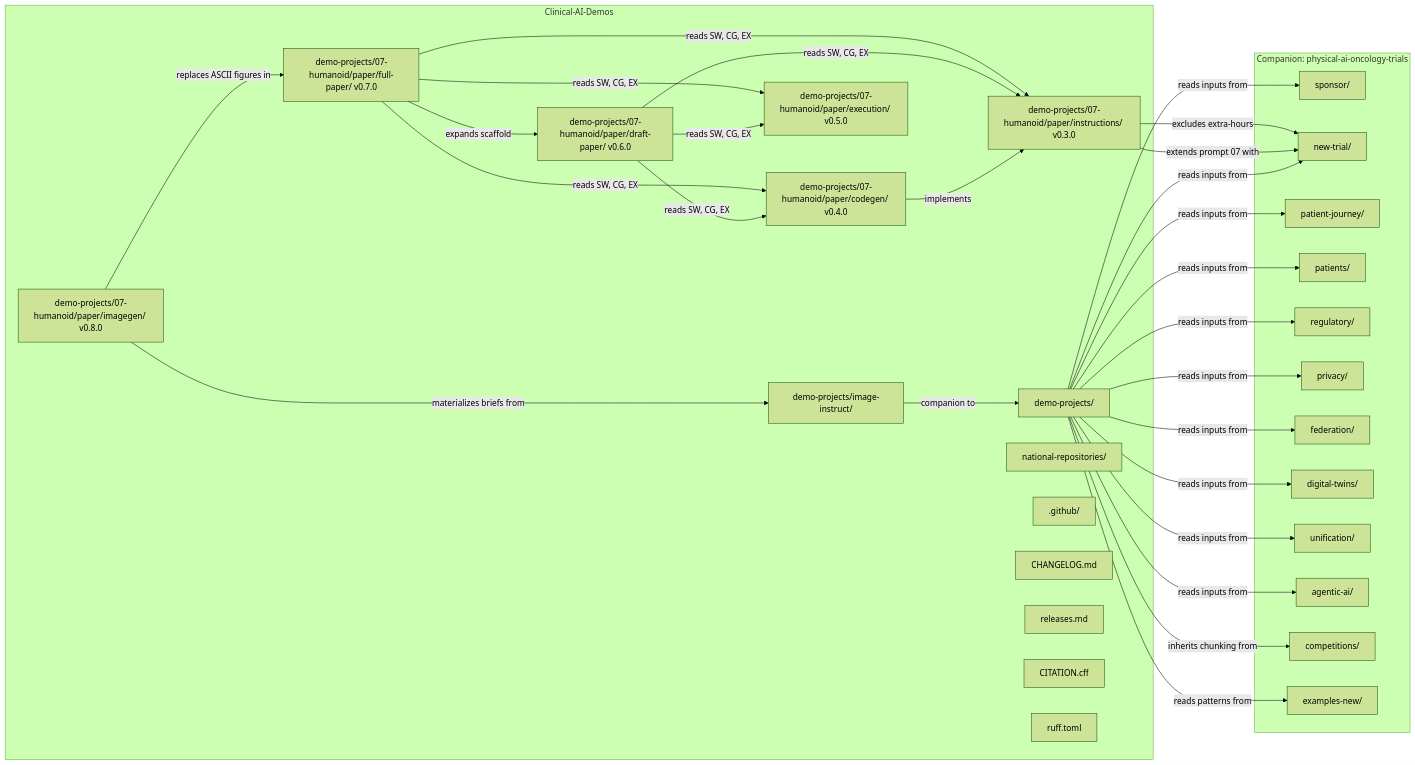
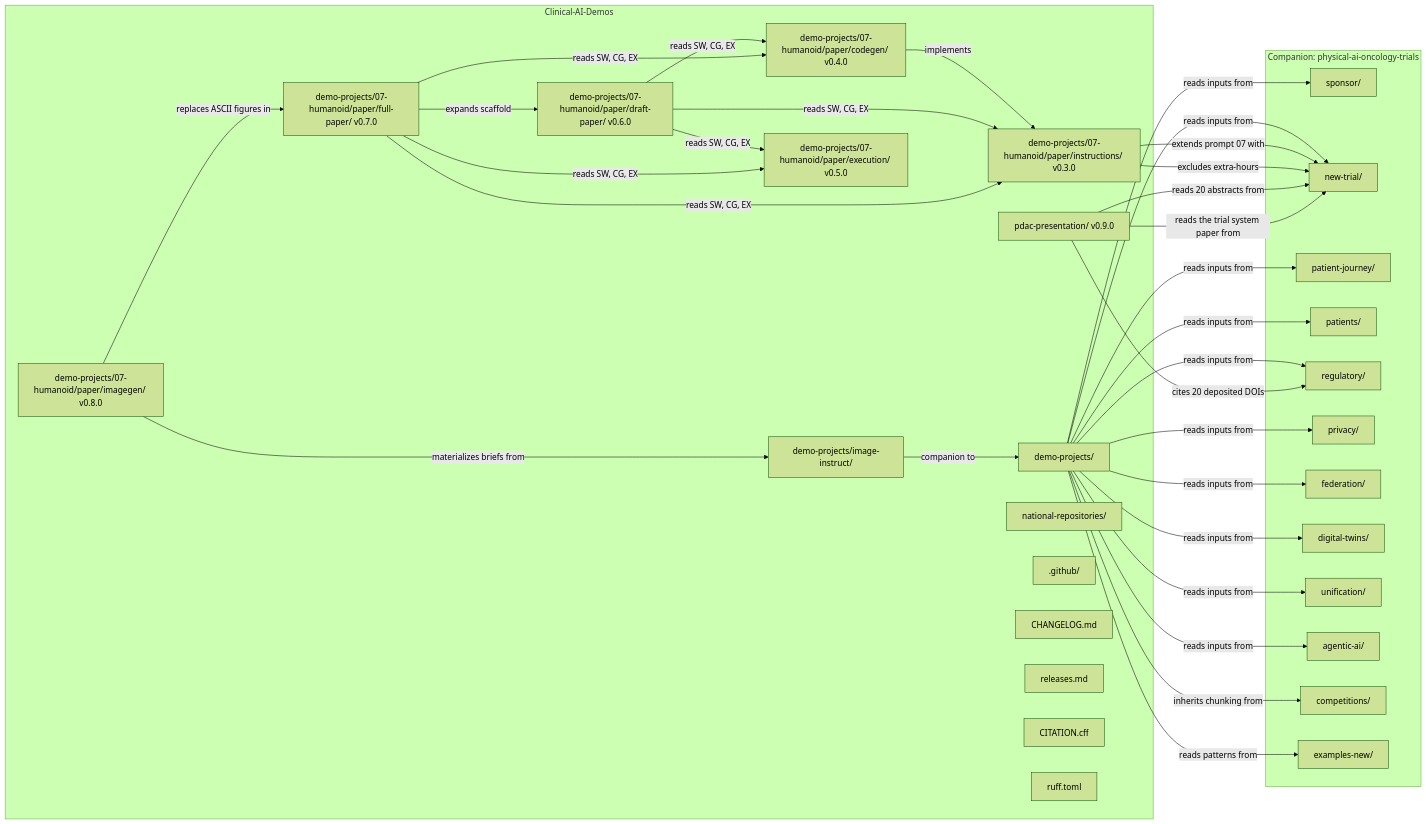
One commit to kevinkawchak/Clinical-AI-Demos changed the first of 3 diagrams in README.md. Above: the diagram before and after it, drawn with Mermaid (forest theme). The commit also changed other lines of this file and 3 other files, not shown here.

````diff
--- a/README.md
+++ b/README.md
@@ -251,60 +295,64 @@
 ```mermaid
 flowchart LR
   subgraph CAD[Clinical-AI-Demos]
     DP[demo-projects/]
     II[demo-projects/image-instruct/]
     SW[demo-projects/07-humanoid/paper/instructions/ v0.3.0]
     CG[demo-projects/07-humanoid/paper/codegen/ v0.4.0]
     EX[demo-projects/07-humanoid/paper/execution/ v0.5.0]
     DRP[demo-projects/07-humanoid/paper/draft-paper/ v0.6.0]
     FP[demo-projects/07-humanoid/paper/full-paper/ v0.7.0]
     IM[demo-projects/07-humanoid/paper/imagegen/ v0.8.0]
+    PD[pdac-presentation/ v0.9.0]
     NR[national-repositories/]
     GH[.github/]
     CHG[CHANGELOG.md]
     REL[releases.md]
     CTN[CITATION.cff]
     RUF[ruff.toml]
   end
 
   subgraph CAP[Companion: physical-ai-oncology-trials]
     SPO[sponsor/]
     NTR[new-trial/]
     PJN[patient-journey/]
     PAT[patients/]
     REG[regulatory/]
     PRI[privacy/]
     FED[federation/]
     DTW[digital-twins/]
     UNI[unification/]
     AGI[agentic-ai/]
     COM[competitions/]
     EXM[examples-new/]
   end
 
   DP -->|reads inputs from| SPO
   DP -->|reads inputs from| NTR
   DP -->|reads inputs from| PJN
   DP -->|reads inputs from| PAT
   DP -->|reads inputs from| REG
   DP -->|reads inputs from| PRI
   DP -->|reads inputs from| FED
   DP -->|reads inputs from| DTW
   DP -->|reads inputs from| UNI
   DP -->|reads inputs from| AGI
   DP -->|inherits chunking from| COM
   DP -->|reads patterns from| EXM
   II -->|companion to| DP
   SW -->|extends prompt 07 with| NTR
   SW -->|excludes extra-hours| NTR
   CG -->|implements| SW
   DRP -->|reads SW, CG, EX| SW
   DRP -->|reads SW, CG, EX| CG
   DRP -->|reads SW, CG, EX| EX
   FP -->|expands scaffold| DRP
   FP -->|reads SW, CG, EX| SW
   FP -->|reads SW, CG, EX| CG
   FP -->|reads SW, CG, EX| EX
   IM -->|materializes briefs from| II
   IM -->|replaces ASCII figures in| FP
+  PD -->|reads 20 abstracts from| NTR
+  PD -->|reads the trial system paper from| NTR
+  PD -->|cites 20 deposited DOIs| REG
 ```
````
